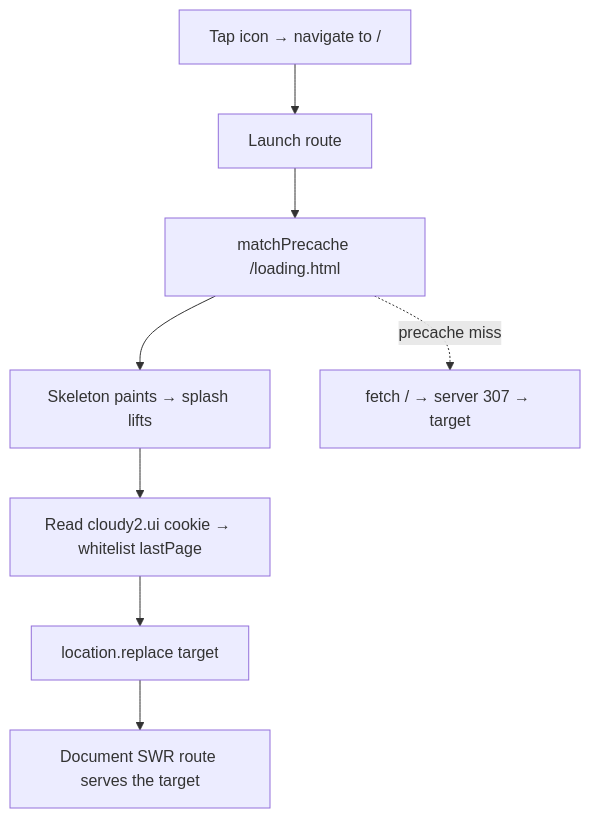
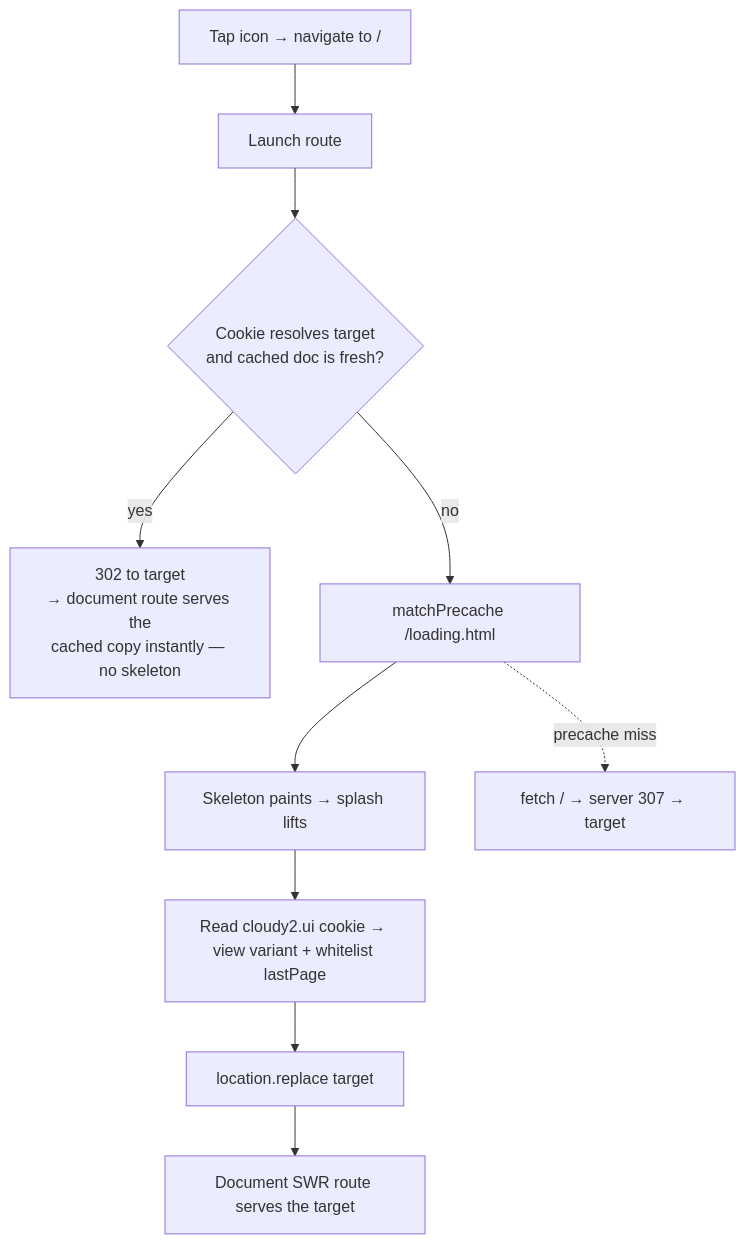
The second of 4 diagrams in docs/pwa-offline.md (oncloudnintynineone-source/cloudy2), drawn with Mermaid before and after one commit. The commit also changed other lines of this file and 8 other files, not shown here.

Commit message:
Single-skeleton launch: shell mirrors route skeleton + fresh-doc launch shortcut

````diff
--- a/docs/pwa-offline.md
+++ b/docs/pwa-offline.md
@@ -125,10 +137,12 @@
 ```mermaid
 flowchart TD
     T[Tap icon → navigate to /] --> SW[Launch route]
-    SW --> P[matchPrecache /loading.html]
+    SW --> C{Cookie resolves target<br/>and cached doc is fresh?}
+    C -- yes --> R302[302 to target<br/>→ document route serves the<br/>cached copy instantly — no skeleton]
+    C -- no --> P[matchPrecache /loading.html]
     P --> PAINT[Skeleton paints → splash lifts]
-    PAINT --> C[Read cloudy2.ui cookie → whitelist lastPage]
-    C --> R[location.replace target]
+    PAINT --> CR[Read cloudy2.ui cookie → view variant + whitelist lastPage]
+    CR --> R[location.replace target]
     R --> D[Document SWR route serves the target]
     P -.precache miss.-> NET[fetch / → server 307 → target]
 ```
````
